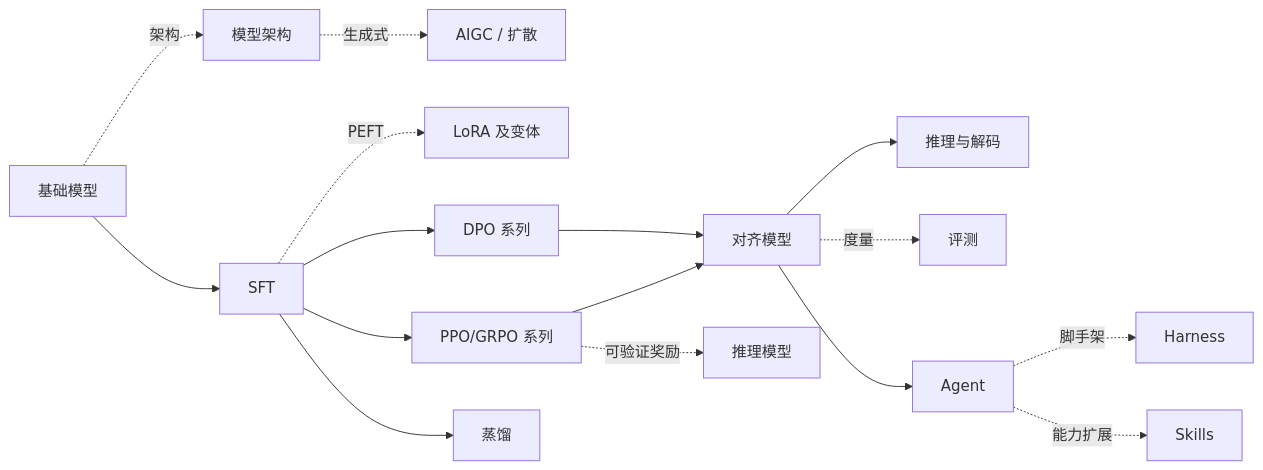
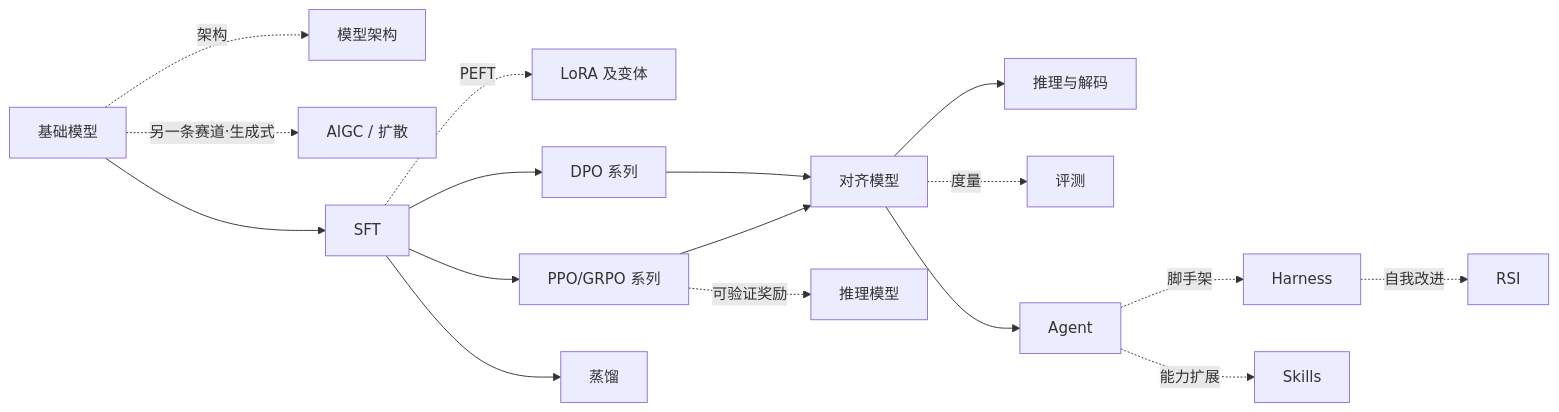
One commit to zhoujx4/llm-atlas changed the diagram in docs/index.md. Above: the diagram before and after it, drawn with Mermaid. The commit also changed other lines of this file and 9 other files, not shown here.

First line of the commit message:
docs: 新增评测 Rubric 化章节与 RSI 章节，重排 AIGC/首页全景图

````diff
--- a/docs/index.md
+++ b/docs/index.md
@@ -9,18 +9,19 @@
 ```mermaid
 flowchart LR
     BM[基础模型] -.架构.-> ARCH[模型架构]
-    ARCH -.生成式.-> AIGC[AIGC / 扩散]
+    BM -.另一条赛道·生成式.-> AIGC[AIGC / 扩散]
     BM --> SFT[SFT]
     SFT -.PEFT.-> LORA[LoRA 及变体]
     SFT --> PO[DPO 系列]
     SFT --> RL[PPO/GRPO 系列]
     SFT --> DST[蒸馏]
     PO --> A[对齐模型]
     RL --> A
     RL -.可验证奖励.-> RSN[推理模型]
     A --> INF[推理与解码]
     A -.度量.-> EVAL[评测]
     A --> AG[Agent]
     AG -.脚手架.-> HN[Harness]
     AG -.能力扩展.-> SK[Skills]
+    HN -.自我改进.-> RSI[RSI]
 ```
````
